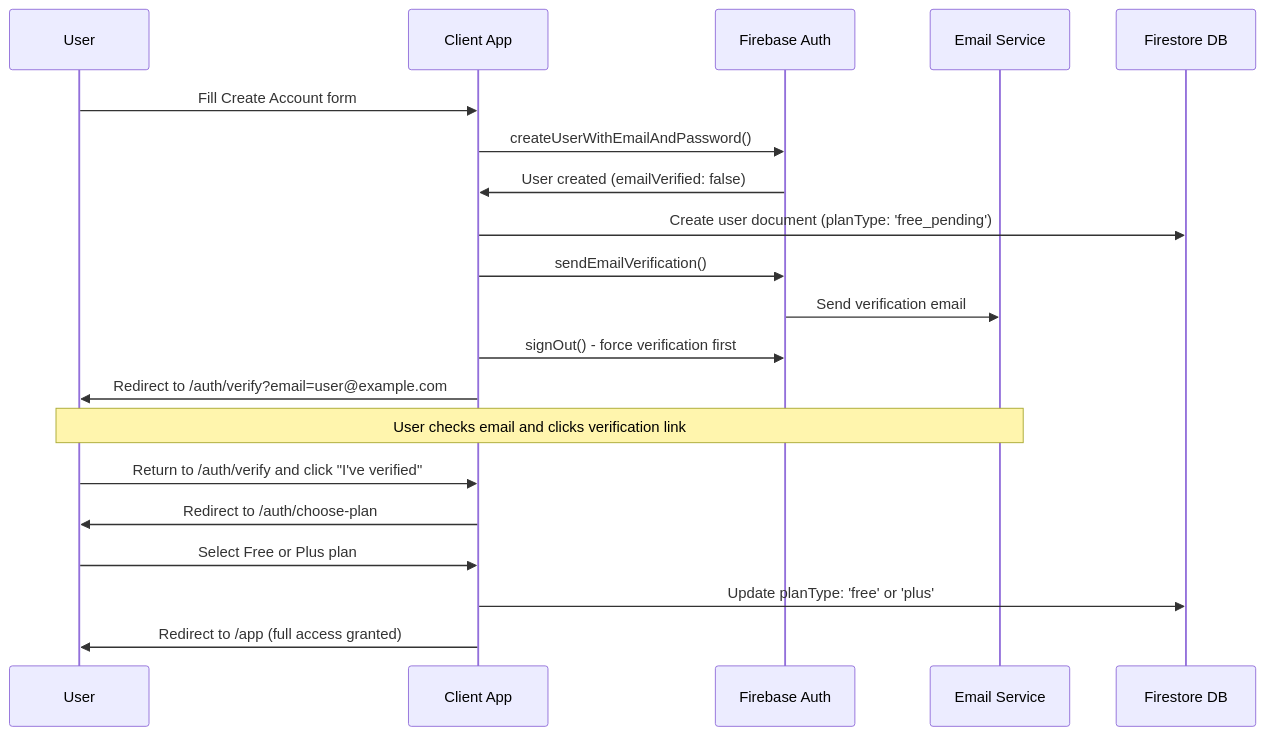
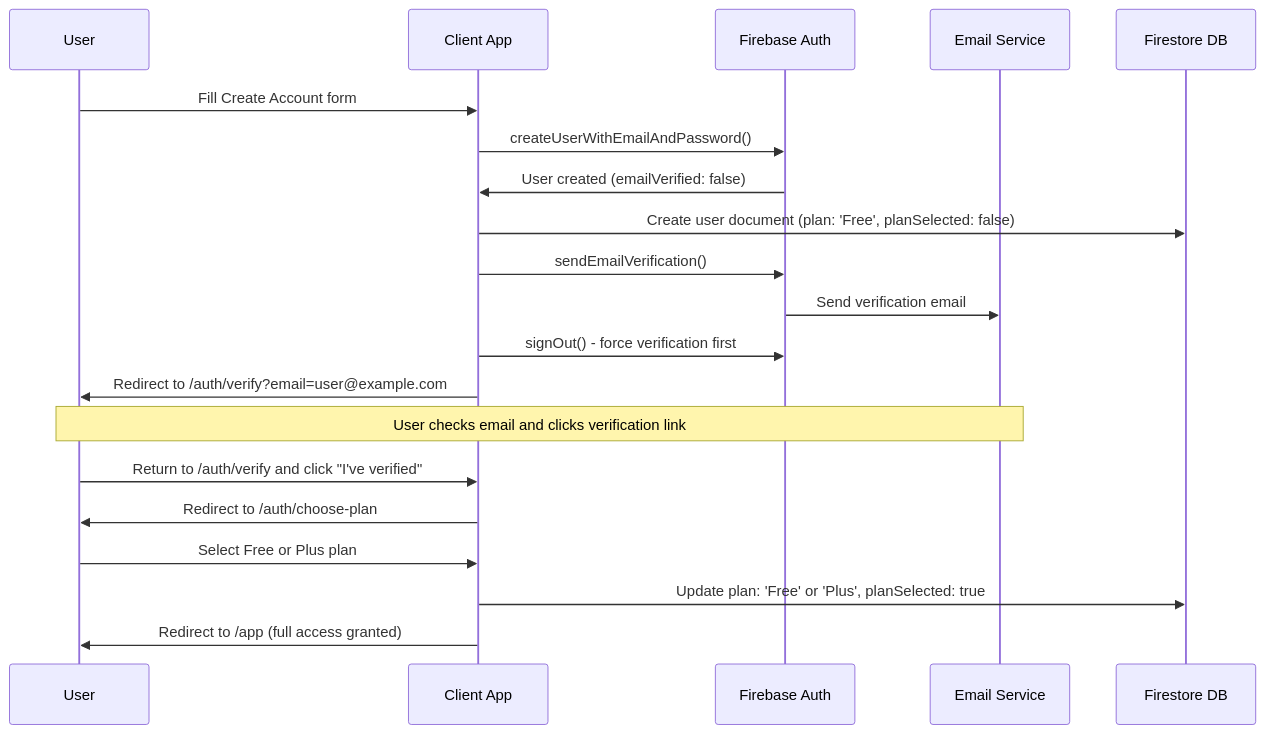
The fifth of 9 diagrams in docs/auth-and-billing-flows.md (Deedubsy/BudgetBuckets), drawn with Mermaid before and after one commit. The commit also changed other lines of this file and 12 other files, not shown here.

````diff
--- a/docs/auth-and-billing-flows.md
+++ b/docs/auth-and-billing-flows.md
@@ -184,27 +184,27 @@
 ```mermaid
 sequenceDiagram
     participant U as User
     participant App as Client App
     participant Firebase as Firebase Auth
     participant Email as Email Service
     participant Firestore as Firestore DB
 
     U->>App: Fill Create Account form
     App->>Firebase: createUserWithEmailAndPassword()
     Firebase->>App: User created (emailVerified: false)
     
-    App->>Firestore: Create user document (planType: 'free_pending')
+    App->>Firestore: Create user document (plan: 'Free', planSelected: false)
     App->>Firebase: sendEmailVerification()
     Firebase->>Email: Send verification email
     App->>Firebase: signOut() - force verification first
     App->>U: Redirect to /auth/verify?email=user@example.com
     
     Note over U,Email: User checks email and clicks verification link
     
     U->>App: Return to /auth/verify and click "I've verified"
     App->>U: Redirect to /auth/choose-plan
     
     U->>App: Select Free or Plus plan
-    App->>Firestore: Update planType: 'free' or 'plus'
+    App->>Firestore: Update plan: 'Free' or 'Plus', planSelected: true
     App->>U: Redirect to /app (full access granted)
 ```
````
